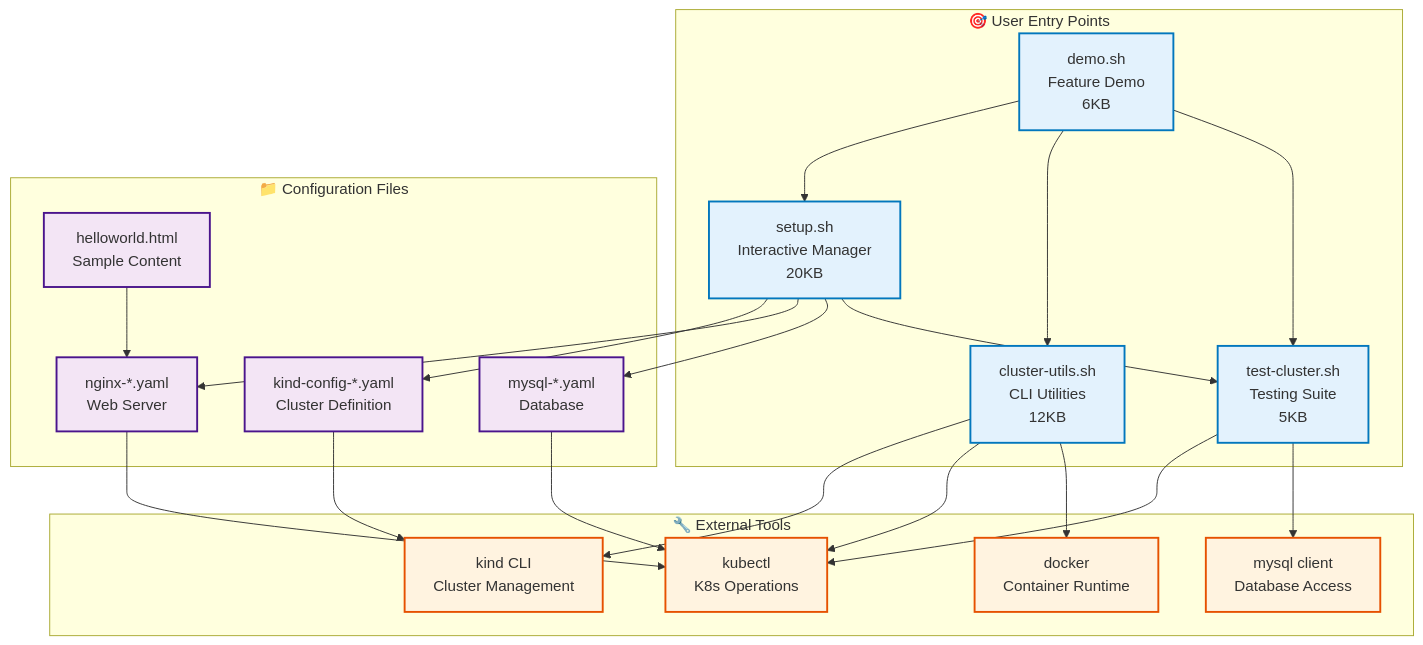
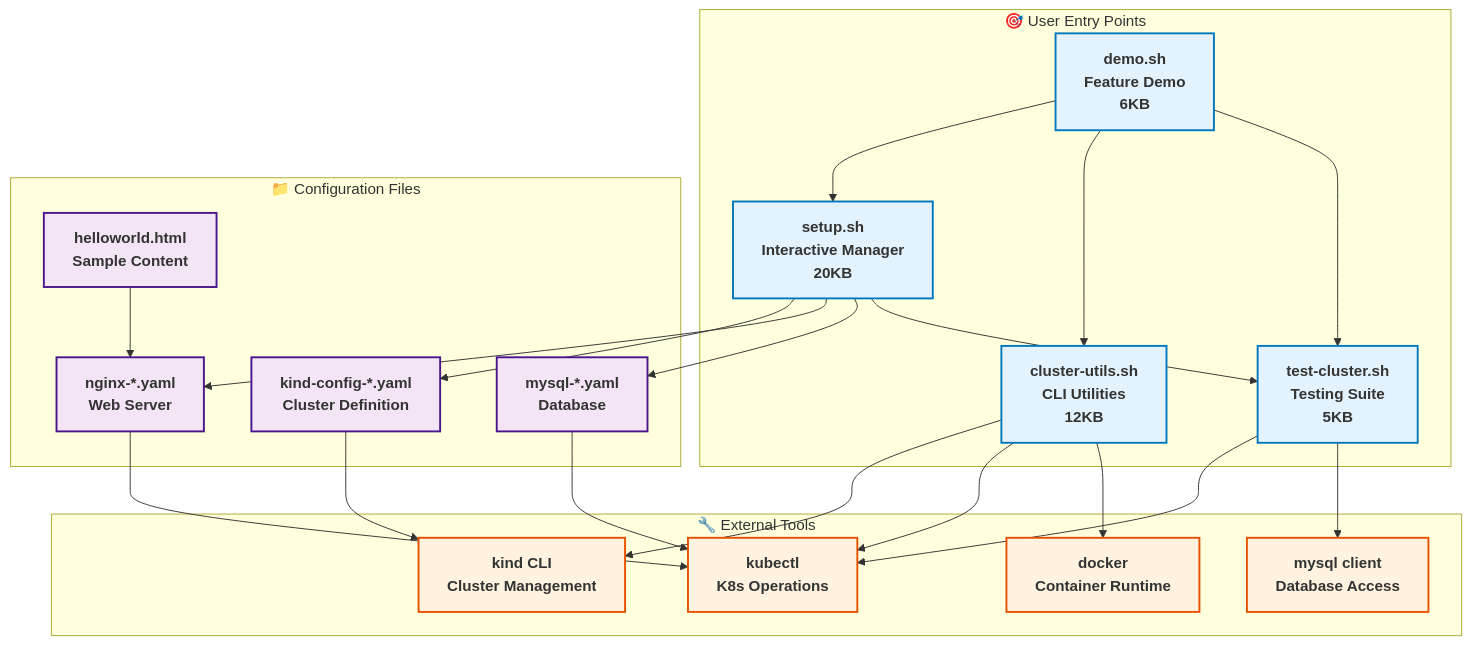
One commit to msreekanth02/kind-kubernetes-cluster-manager changed the fifth of 9 diagrams in ARCHITECTURE.md. Above: the diagram before and after it, drawn with Mermaid. The commit also changed other lines of this file, not shown here.

First line of the commit message:
🎨 Enhance all Mermaid diagrams with improved typography

````diff
--- a/ARCHITECTURE.md
+++ b/ARCHITECTURE.md
@@ -155,52 +155,52 @@
 ```mermaid
 graph TB
     subgraph "🎯 User Entry Points"
         SETUP["setup.sh<br/>Interactive Manager<br/>20KB"]
         UTILS["cluster-utils.sh<br/>CLI Utilities<br/>12KB"]
         TEST["test-cluster.sh<br/>Testing Suite<br/>5KB"]
         DEMO["demo.sh<br/>Feature Demo<br/>6KB"]
     end
     
     subgraph "📁 Configuration Files"
         KIND_CONFIG["kind-config-*.yaml<br/>Cluster Definition"]
         NGINX_CONFIGS["nginx-*.yaml<br/>Web Server"]
         MYSQL_CONFIGS["mysql-*.yaml<br/>Database"]
         HTML["helloworld.html<br/>Sample Content"]
     end
     
     subgraph "🔧 External Tools"
         KIND["kind CLI<br/>Cluster Management"]
         KUBECTL["kubectl<br/>K8s Operations"]
         DOCKER["docker<br/>Container Runtime"]
         MYSQL_CLIENT["mysql client<br/>Database Access"]
     end
     
     SETUP --> KIND_CONFIG
     SETUP --> NGINX_CONFIGS
     SETUP --> MYSQL_CONFIGS
     SETUP --> TEST
     
     UTILS --> KIND
     UTILS --> KUBECTL
     UTILS --> DOCKER
     
     TEST --> KUBECTL
     TEST --> MYSQL_CLIENT
     
     DEMO --> SETUP
     DEMO --> UTILS
     DEMO --> TEST
     
     KIND_CONFIG --> KIND
     NGINX_CONFIGS --> KUBECTL
     MYSQL_CONFIGS --> KUBECTL
     HTML --> NGINX_CONFIGS
     
-    classDef script fill:#e3f2fd,stroke:#0277bd,stroke-width:2px
-    classDef config fill:#f3e5f5,stroke:#4a148c,stroke-width:2px
-    classDef tool fill:#fff3e0,stroke:#e65100,stroke-width:2px
+    classDef script fill:#e3f2fd,stroke:#0277bd,stroke-width:2px,font-size:16px,font-weight:bold
+    classDef config fill:#f3e5f5,stroke:#4a148c,stroke-width:2px,font-size:16px,font-weight:bold
+    classDef tool fill:#fff3e0,stroke:#e65100,stroke-width:2px,font-size:16px,font-weight:bold
     
     class SETUP,UTILS,TEST,DEMO script
     class KIND_CONFIG,NGINX_CONFIGS,MYSQL_CONFIGS,HTML config
     class KIND,KUBECTL,DOCKER,MYSQL_CLIENT tool
 ```
````
